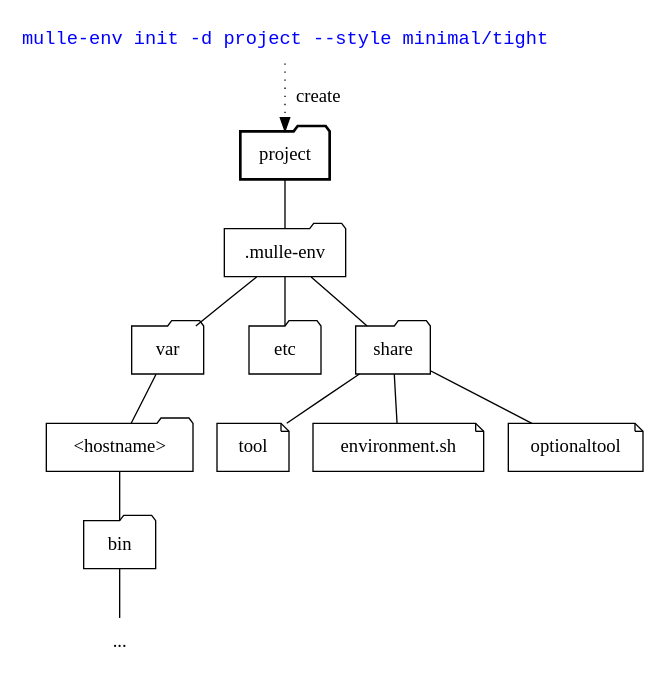
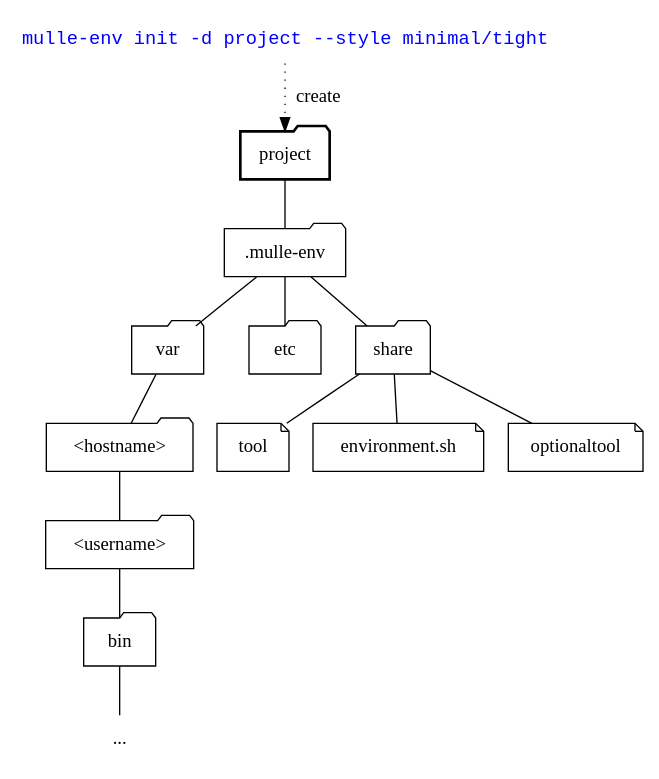
The diagram in dox/mulle-env-overview.dot (mulle-sde/mulle-env), drawn with Graphviz before and after one commit. The commit also changed 21 other files, not shown here.

```diff
--- a/dox/mulle-env-overview.dot
+++ b/dox/mulle-env-overview.dot
@@ -1,35 +1,37 @@
 digraph G {
     graph [rankdir = TD];
 
     node[shape=note];
     edge[arrowhead=none];
 
         "mulle-env init" [ label="mulle-env init -d project --style minimal/tight",
                            fontname="monospace",
                            fontcolor="blue",
                            shape="none" ]
 
         "mulle-env init" -> "project" [ arrowhead="", style="dotted", label=" create"]
          "project"     [ shape="folder", penwidth="2" ]
         ".mulle-env"   [ shape="folder" ]
         "var"          [ shape="folder" ]
         "<hostname>"   [ shape="folder" ]
+        "<username>"   [ shape="folder" ]
         "etc"          [ shape="folder" ]
         "share"        [ shape="folder" ]
         "bin"          [ shape="folder" ]
 
         "tool"
         "environment.sh"
 
         "project"    ->  ".mulle-env"
         ".mulle-env" ->  "var"
         ".mulle-env" ->  "etc"
         ".mulle-env" ->  "share"
         "var"        ->  "<hostname>"
-        "<hostname>" -> "bin"
+        "<hostname>" -> "<username>"
+        "<username>" -> "bin"
         "share"      -> "environment.sh"
         "share"      -> "tool"
         "share"      -> "optionaltool"
         "bin"        ->     "..."
         "..." [ shape="none"]
 }
```
